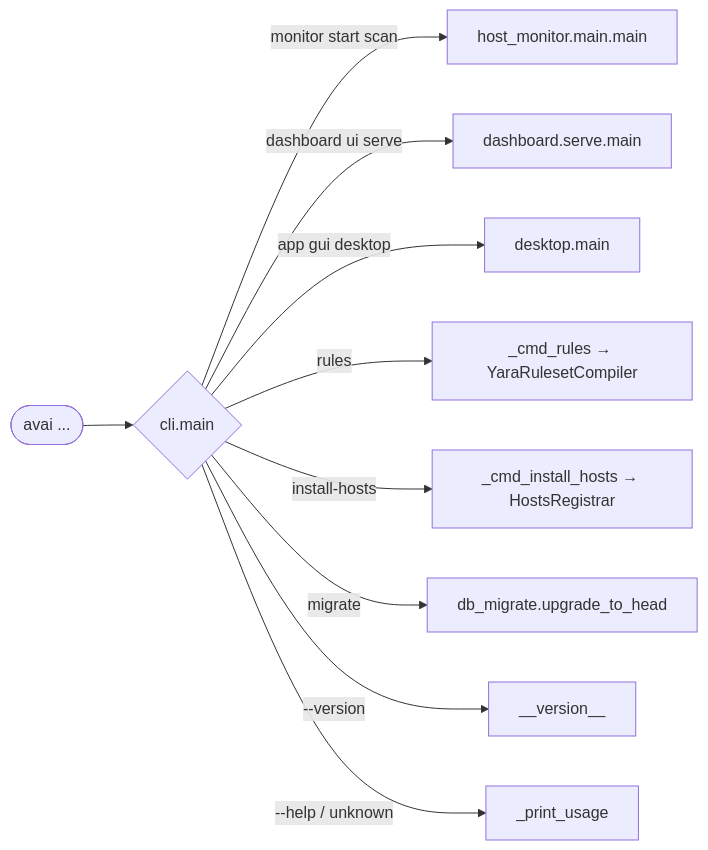
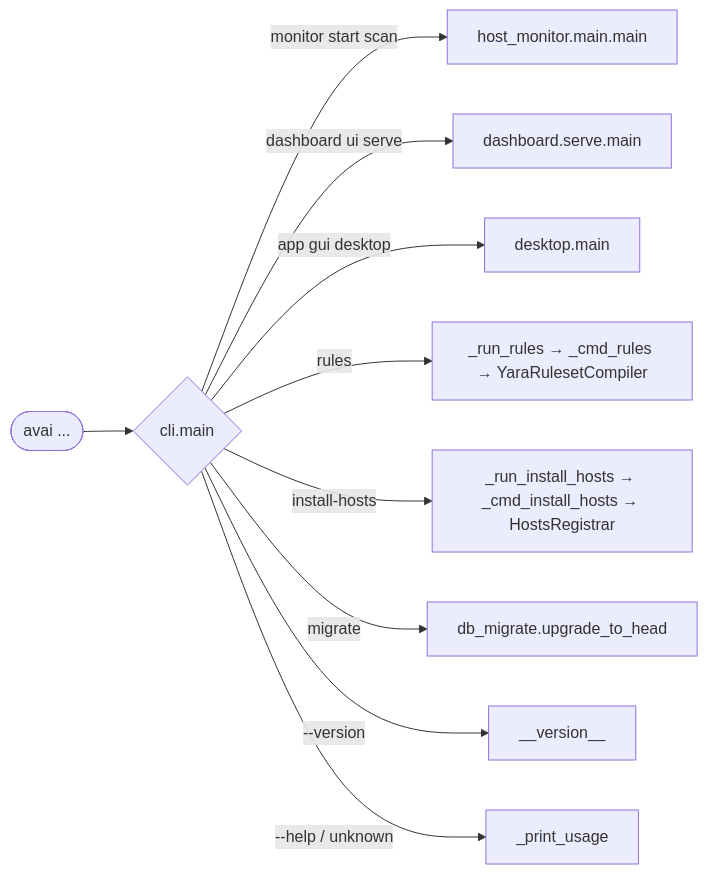
One commit to iklobato/avai changed the third of 23 diagrams in docs/ARCHITECTURE.md. Above: the diagram before and after it, drawn with Mermaid. The commit also changed other lines of this file and 1 other file, not shown here.

````diff
--- a/docs/ARCHITECTURE.md
+++ b/docs/ARCHITECTURE.md
@@ -251,12 +256,12 @@
 ```mermaid
 graph LR
     u(["avai ..."]) --> m{"cli.main"}
     m -->|monitor start scan| hm["host_monitor.main.main"]
     m -->|dashboard ui serve| dm["dashboard.serve.main"]
     m -->|app gui desktop| ap["desktop.main"]
-    m -->|rules| r["_cmd_rules → YaraRulesetCompiler"]
-    m -->|install-hosts| ih["_cmd_install_hosts → HostsRegistrar"]
+    m -->|rules| r["_run_rules → _cmd_rules → YaraRulesetCompiler"]
+    m -->|install-hosts| ih["_run_install_hosts → _cmd_install_hosts → HostsRegistrar"]
     m -->|migrate| mg["db_migrate.upgrade_to_head"]
     m -->|--version| v["__version__"]
     m -->|--help / unknown| usage["_print_usage"]
 ```
````
